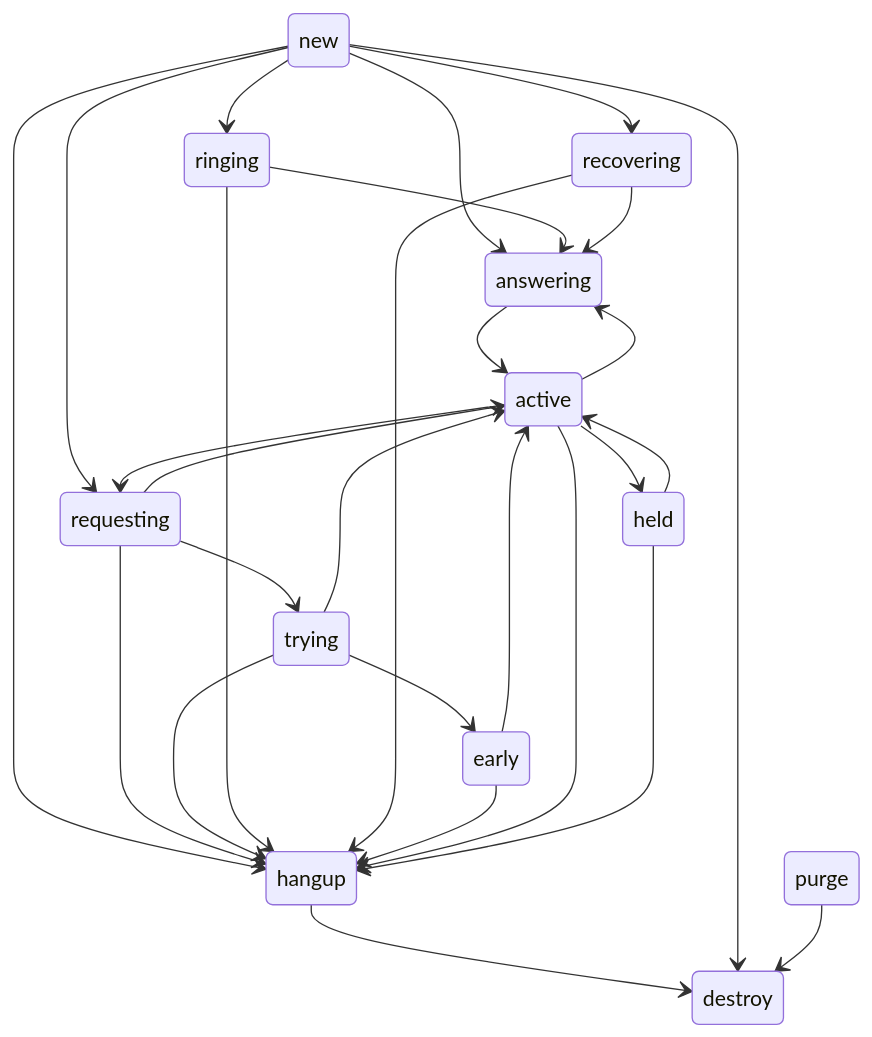
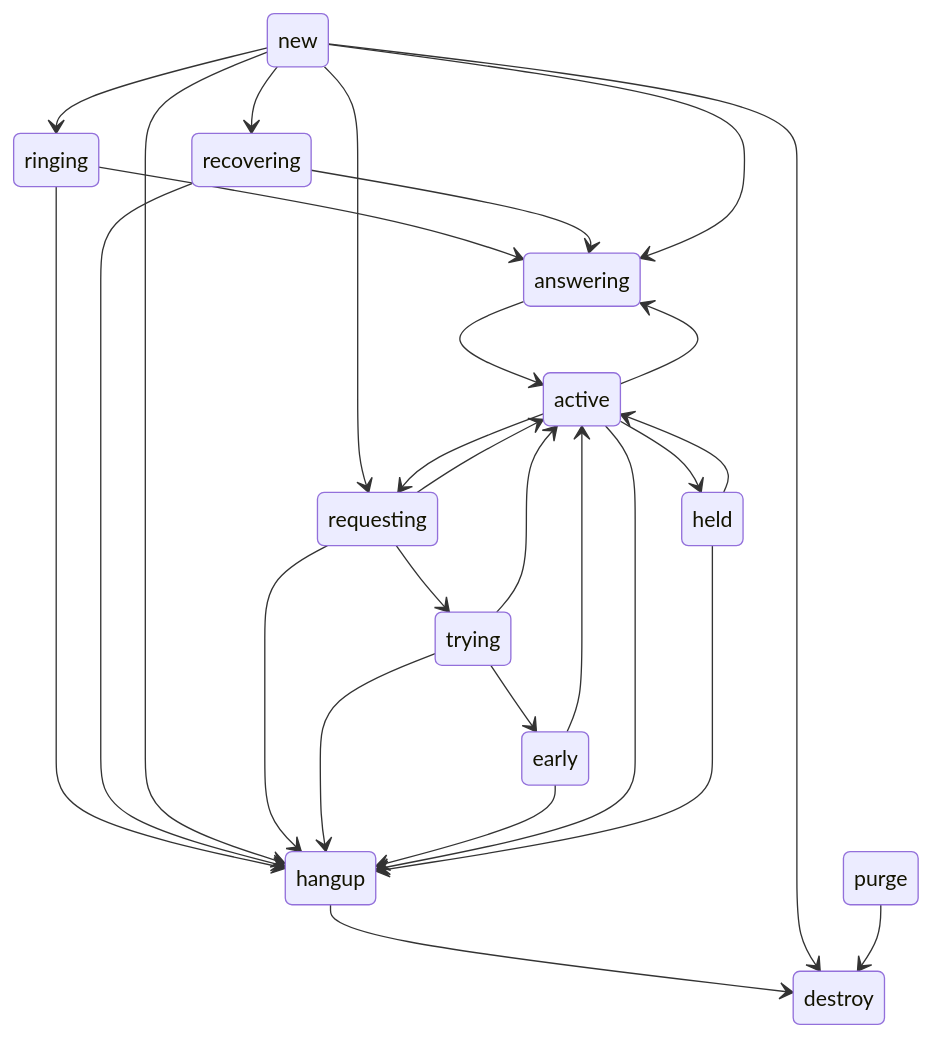
One commit to bjenning04/foam changed the fourth of 4 diagrams in verto-design.md. Above: the diagram before and after it, drawn with Mermaid.

Commit message:
May 4, 2026, 5:09 PM

````diff
--- a/verto-design.md
+++ b/verto-design.md
@@ -318,39 +318,37 @@
 ```mermaid
 stateDiagram
     new --> ringing
+    ringing --> hangup
+    ringing --> answering
     new --> recovering
+    recovering --> hangup
+    recovering --> answering
     new --> answering
     new --> requesting
     new --> hangup
 
     requesting --> active
     requesting --> trying
     requesting --> hangup
 
     trying --> active
     trying --> early
     trying --> hangup
-
-    ringing --> hangup
-    ringing --> answering
-
-    recovering --> hangup
-    recovering --> answering
 
     early --> active
     early --> hangup
 
     active --> requesting
     active --> answering
     active --> hangup
     active --> held
 
     answering --> active
 
     held --> active
     held --> hangup
 
     hangup --> destroy
     new --> destroy
     purge --> destroy
 ```
````
